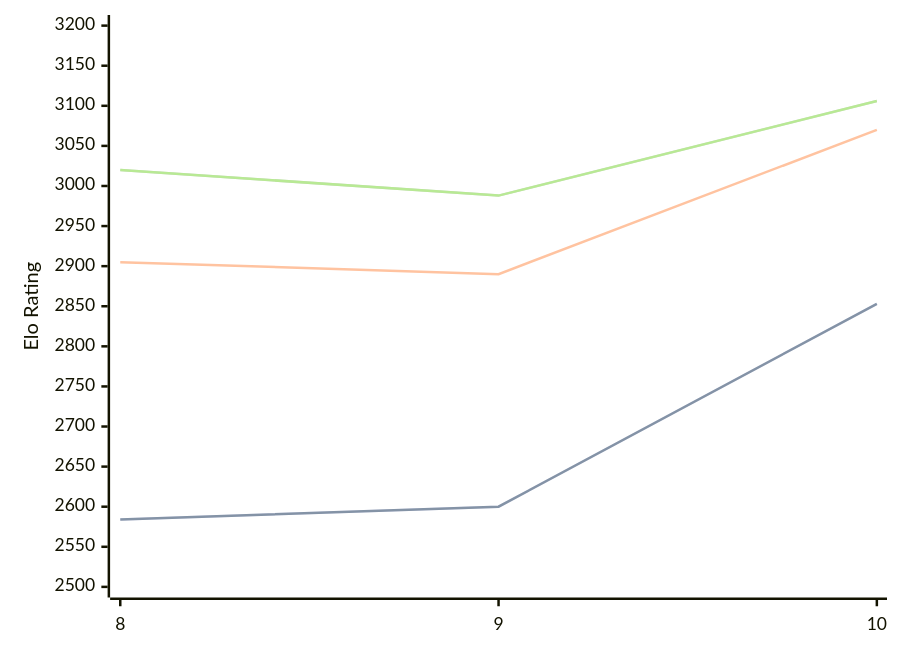
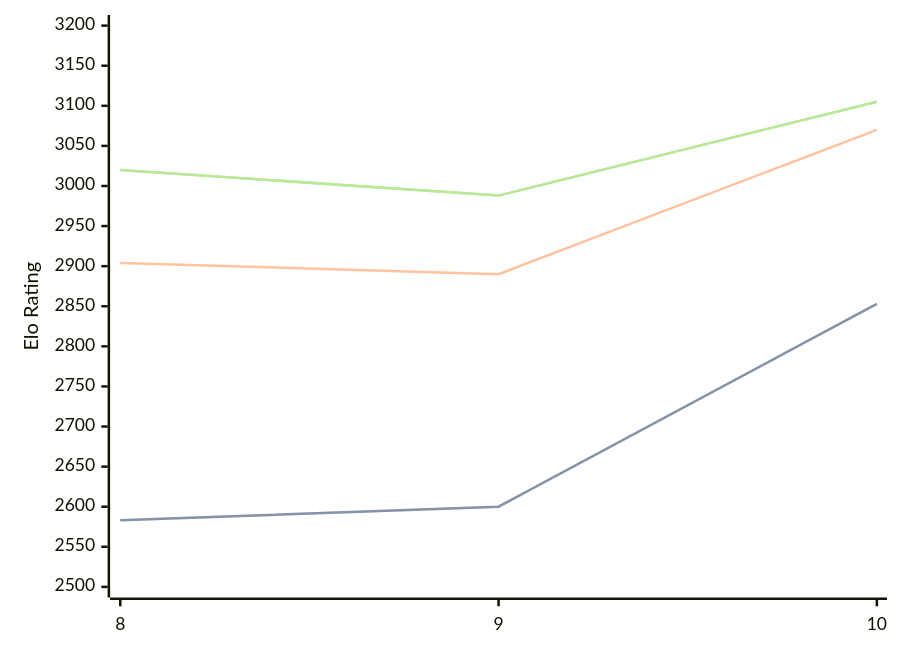
One commit to computer-chess-index/cci changed the third of 3 diagrams in engines/Lozza.md. Above: the diagram before and after it, drawn with Mermaid. The commit also changed other lines of this file, not shown here.

Commit message:
Update CCI Ratings (ELO VLTC) - 2026-06-26

````diff
--- a/engines/Lozza.md
+++ b/engines/Lozza.md
@@ -74,11 +74,11 @@
 ```mermaid
 %%{init: {"theme":"base","themeVariables":{"seriesColors:['#a3a3a3','#222221','#faa371']}}}%%
 xychart-beta
   x-axis ["8", "9", "10"]
   y-axis "Elo Rating" 2500 --> 3200
-  line "STC (8.0+0.08s)" [2584, 2600, 2853]
-  line "STC (8.0+0.08s)" [2584, 2600, 2853]
-  line "LTC (60.0+0.60s)" [2905, 2890, 3070]
-  line "VLTC (2m24s+1.12s)" [3020, 2988, 3106]
-  line "VLTC (2m24s+1.12s)" [3020, 2988, 3106]
+  line "STC (8.0+0.08s)" [2583, 2600, 2853]
+  line "STC (8.0+0.08s)" [2583, 2600, 2853]
+  line "LTC (60.0+0.60s)" [2904, 2890, 3070]
+  line "VLTC (2m24s+1.12s)" [3020, 2988, 3105]
+  line "VLTC (2m24s+1.12s)" [3020, 2988, 3105]
 ```
````
